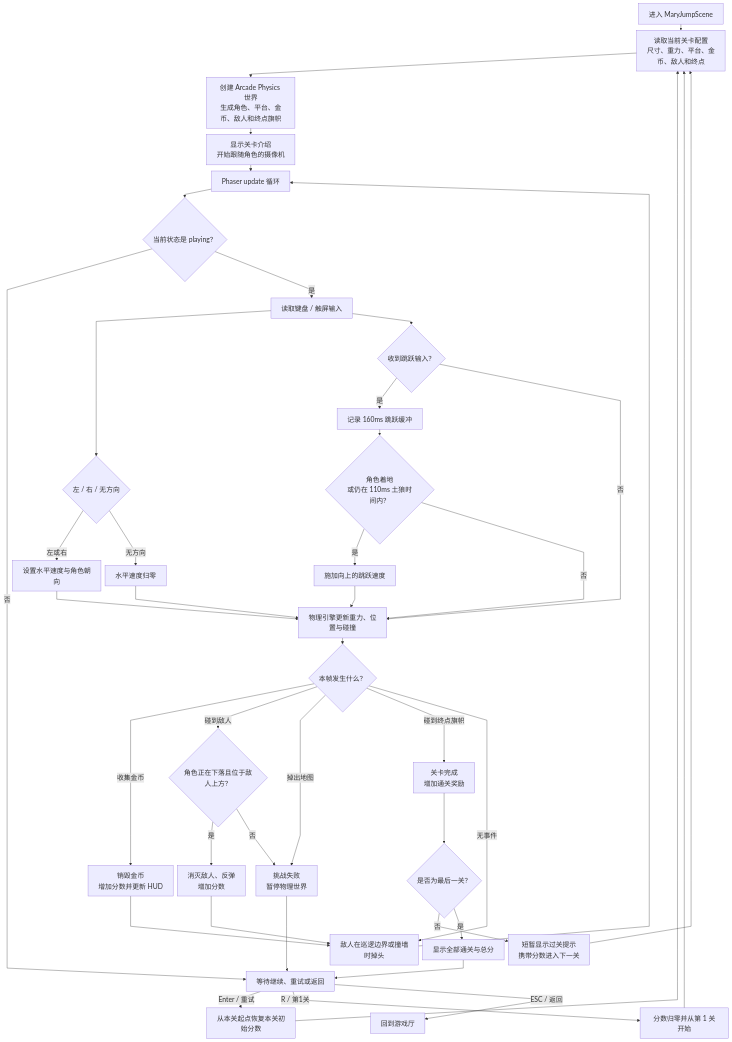
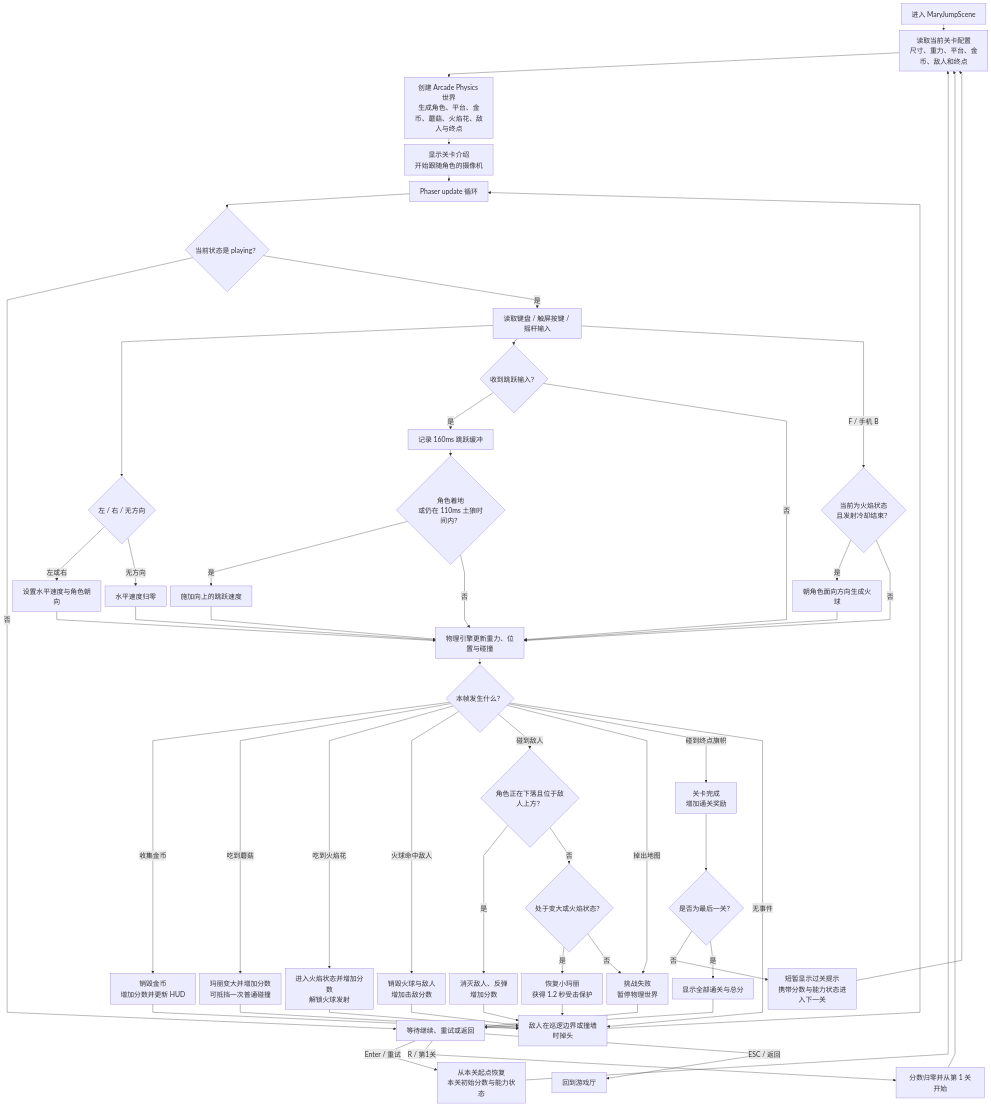
The second of 4 diagrams in README.md (hdwang123/sgame), drawn with Mermaid before and after one commit. The commit also changed other lines of this file, not shown here.

Commit message:
docs: update game flowcharts

````diff
--- a/README.md
+++ b/README.md
@@ -110,49 +110,62 @@
 ```mermaid
 %%{init: {"flowchart": {"nodeSpacing": 12, "rankSpacing": 18, "curve": "linear"}, "themeVariables": {"fontSize": "20px"}}}%%
 flowchart TB
   START["进入 MaryJumpScene"] --> LEVEL["读取当前关卡配置<br/>尺寸、重力、平台、金币、敌人和终点"]
-  LEVEL --> WORLD["创建 Arcade Physics 世界<br/>生成角色、平台、金币、敌人和终点旗帜"]
+  LEVEL --> WORLD["创建 Arcade Physics 世界<br/>生成角色、平台、金币、蘑菇、火焰花、敌人与终点"]
   WORLD --> INTRO["显示关卡介绍<br/>开始跟随角色的摄像机"]
   INTRO --> LOOP["Phaser update 循环"]
 
   LOOP --> PHASE{"当前状态是 playing？"}
   PHASE -->|"否"| WAIT["等待继续、重试或返回"]
-  PHASE -->|"是"| INPUT["读取键盘 / 触屏输入"]
+  PHASE -->|"是"| INPUT["读取键盘 / 触屏按键 / 摇杆输入"]
   INPUT --> HORIZONTAL{"左 / 右 / 无方向"}
   HORIZONTAL -->|"左或右"| RUN["设置水平速度与角色朝向"]
   HORIZONTAL -->|"无方向"| STOP["水平速度归零"]
   INPUT --> JUMP{"收到跳跃输入？"}
+  INPUT -->|"F / 手机 B"| FIRE_READY{"当前为火焰状态<br/>且发射冷却结束？"}
+  FIRE_READY -->|"是"| FIREBALL["朝角色面向方向生成火球"]
+  FIRE_READY -->|"否"| PHYSICS
+  FIREBALL --> PHYSICS
   JUMP -->|"是"| BUFFER["记录 160ms 跳跃缓冲"]
   BUFFER --> GROUNDED{"角色着地<br/>或仍在 110ms 土狼时间内？"}
   GROUNDED -->|"是"| TAKEOFF["施加向上的跳跃速度"]
   GROUNDED -->|"否"| PHYSICS
   JUMP -->|"否"| PHYSICS["物理引擎更新重力、位置与碰撞"]
   RUN --> PHYSICS
   STOP --> PHYSICS
   TAKEOFF --> PHYSICS
 
   PHYSICS --> EVENT{"本帧发生什么？"}
   EVENT -->|"收集金币"| COIN["销毁金币<br/>增加分数并更新 HUD"]
+  EVENT -->|"吃到蘑菇"| MUSHROOM["玛丽变大并增加分数<br/>可抵挡一次普通碰撞"]
+  EVENT -->|"吃到火焰花"| FLOWER["进入火焰状态并增加分数<br/>解锁火球发射"]
+  EVENT -->|"火球命中敌人"| FIRE_HIT["销毁火球与敌人<br/>增加击敌分数"]
   EVENT -->|"碰到敌人"| STOMP{"角色正在下落且位于敌人上方？"}
   STOMP -->|"是"| DEFEAT["消灭敌人、反弹<br/>增加分数"]
-  STOMP -->|"否"| LOSE["挑战失败<br/>暂停物理世界"]
+  STOMP -->|"否"| POWERED{"处于变大或火焰状态？"}
+  POWERED -->|"是"| SHRINK["恢复小玛丽<br/>获得 1.2 秒受击保护"]
+  POWERED -->|"否"| LOSE["挑战失败<br/>暂停物理世界"]
   EVENT -->|"掉出地图"| LOSE
   EVENT -->|"碰到终点旗帜"| COMPLETE["关卡完成<br/>增加通关奖励"]
   EVENT -->|"无事件"| ENEMY["敌人在巡逻边界或撞墙时掉头"]
 
   COIN --> ENEMY
+  MUSHROOM --> ENEMY
+  FLOWER --> ENEMY
+  FIRE_HIT --> ENEMY
+  SHRINK --> ENEMY
   DEFEAT --> ENEMY
   ENEMY --> LOOP
   LOSE --> WAIT
   COMPLETE --> FINAL{"是否为最后一关？"}
-  FINAL -->|"否"| NEXT["短暂显示过关提示<br/>携带分数进入下一关"]
+  FINAL -->|"否"| NEXT["短暂显示过关提示<br/>携带分数与能力状态进入下一关"]
   FINAL -->|"是"| ALL_CLEAR["显示全部通关与总分"]
   NEXT --> LEVEL
   ALL_CLEAR --> WAIT
 
-  WAIT -->|"Enter / 重试"| RETRY["从本关起点恢复本关初始分数"]
+  WAIT -->|"Enter / 重试"| RETRY["从本关起点恢复<br/>本关初始分数与能力状态"]
   WAIT -->|"R / 第1关"| FIRST["分数归零并从第 1 关开始"]
   WAIT -->|"ESC / 返回"| MENU["回到游戏厅"]
   RETRY --> LEVEL
   FIRST --> LEVEL
 ```
````
